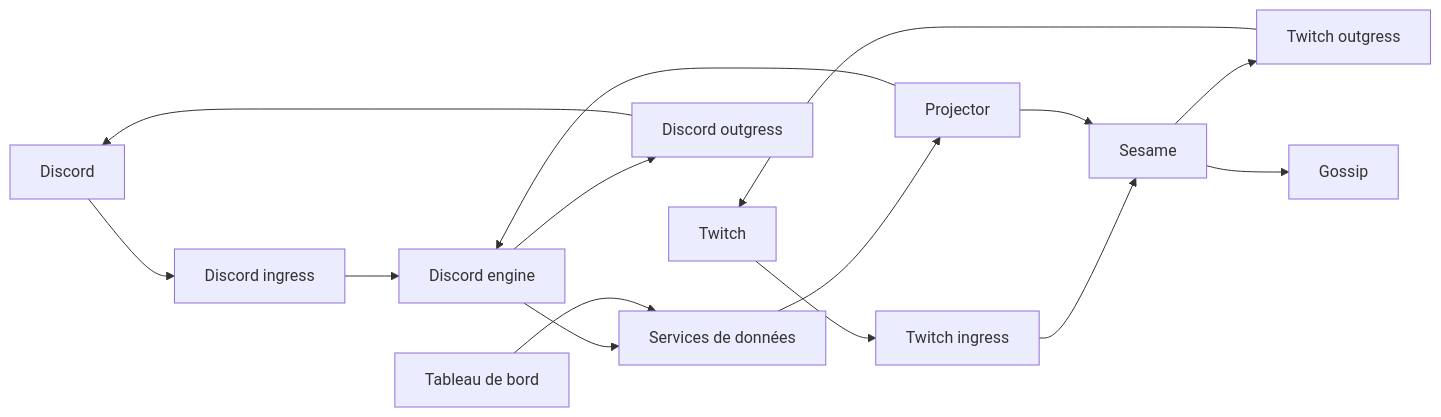
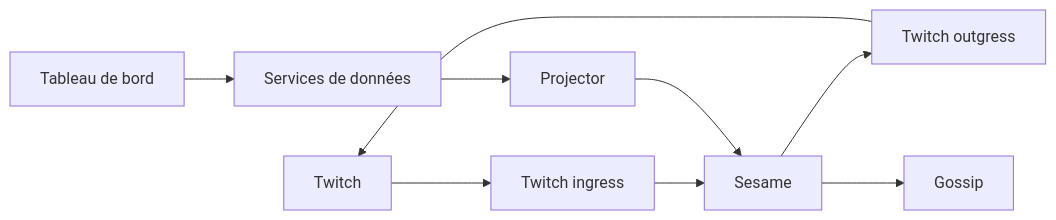
Before and after one commit to AdamOusmer/ItsBagelBot: the diagram in web/docs/src/content/docs/fr/microservices/index.md, drawn with Mermaid. The commit also changed other lines of this file and 780 other files, not shown here.

````diff
--- a/web/docs/src/content/docs/fr/microservices/index.md
+++ b/web/docs/src/content/docs/fr/microservices/index.md
@@ -11,17 +11,11 @@
 ```mermaid
 flowchart LR
   Twitch --> TI[Twitch ingress]
   TI --> Sesame
   Sesame --> TO[Twitch outgress]
   TO --> Twitch
-  Discord --> DI[Discord ingress]
-  DI --> DE[Discord engine]
-  DE --> DO[Discord outgress]
-  DO --> Discord
   Owners[Services de données] --> Projector
   Projector --> Sesame
-  Projector --> DE
   Sesame --> Gossip
-  DE --> Owners
   Dashboard[Tableau de bord] --> Owners
 ```
````
